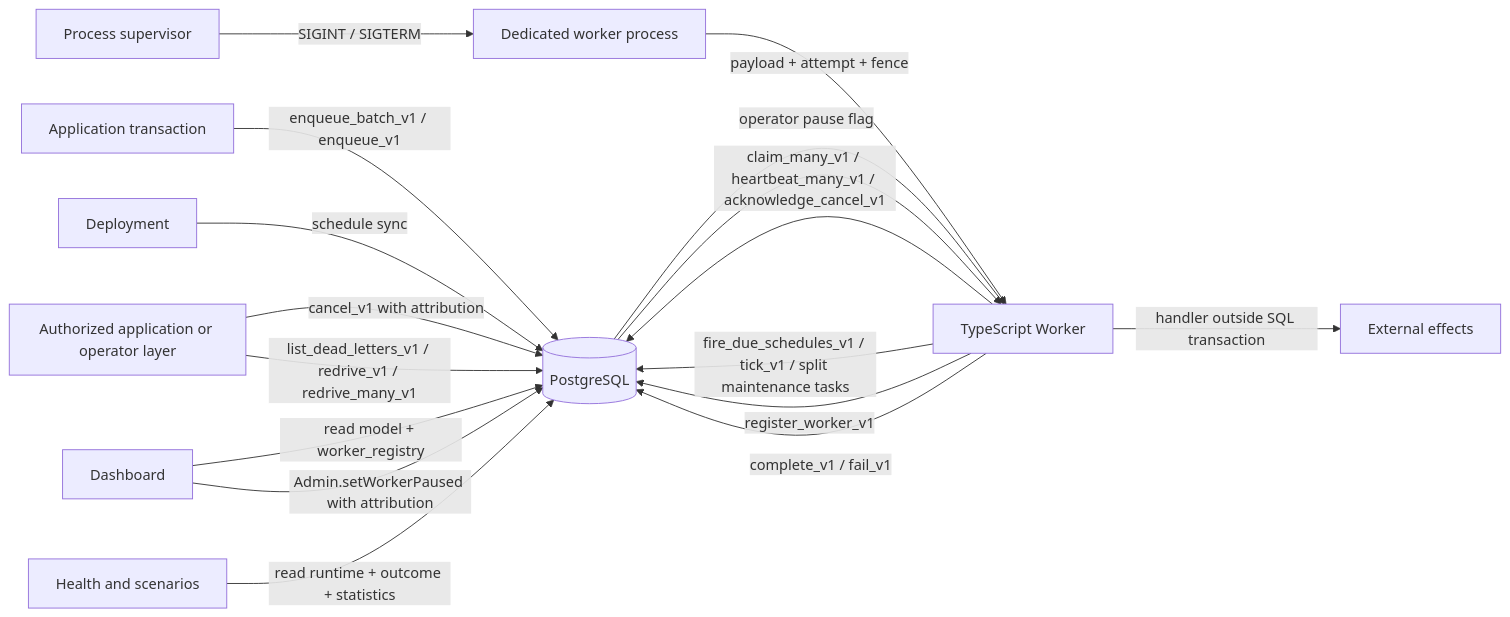
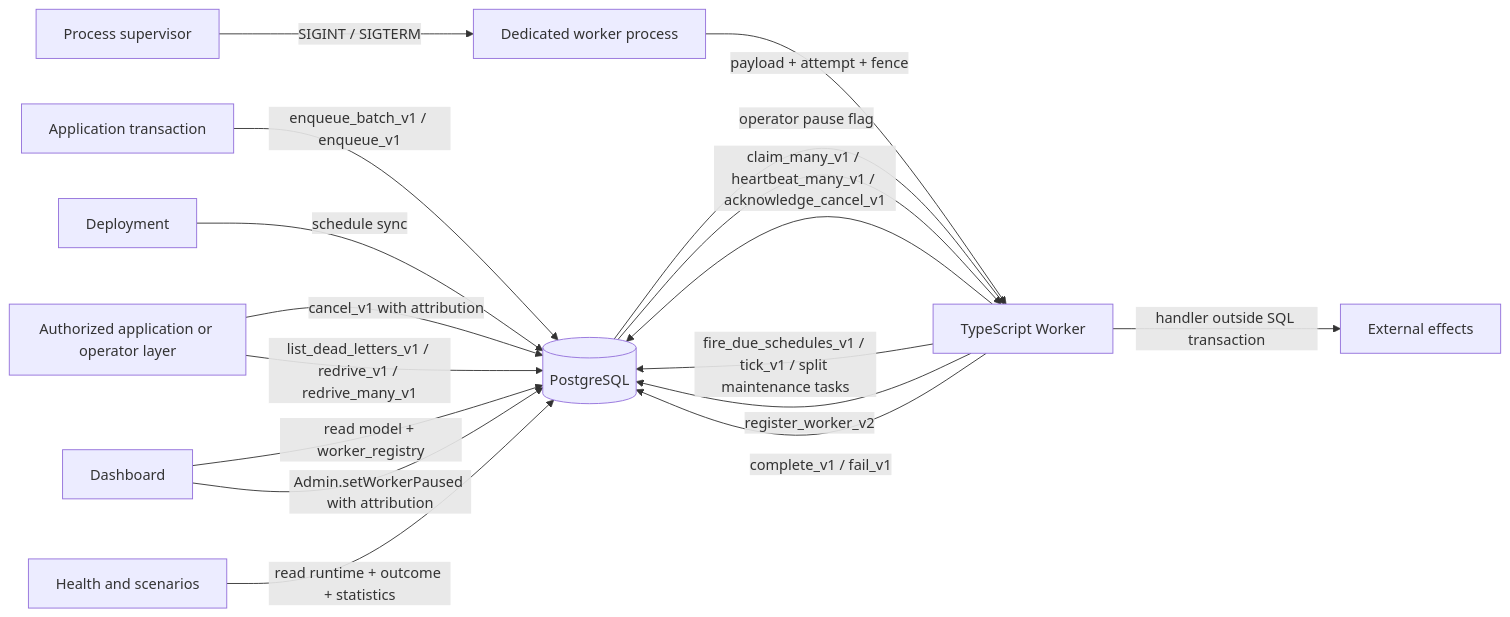
Before and after one commit to stablemates/workhorse: the first of 3 diagrams in docs/architecture.md, drawn with Mermaid. The commit also changed other lines of this file and 59 other files, not shown here.

````diff
--- a/docs/architecture.md
+++ b/docs/architecture.md
@@ -793,19 +793,19 @@
 ```mermaid
 flowchart LR
   App[Application transaction] -->|enqueue_batch_v1 / enqueue_v1| PG[(PostgreSQL)]
   Deploy[Deployment] -->|schedule sync| PG
   Supervisor[Process supervisor] -->|SIGINT / SIGTERM| WorkerProcess[Dedicated worker process]
   WorkerProcess --> Worker[TypeScript Worker]
   Worker[TypeScript Worker] -->|claim_many_v1 / heartbeat_many_v1 / acknowledge_cancel_v1| PG
   Operator[Authorized application or operator layer] -->|cancel_v1 with attribution| PG
   Operator -->|list_dead_letters_v1 / redrive_v1 / redrive_many_v1| PG
   Worker -->|fire_due_schedules_v1 / tick_v1 / split maintenance tasks| PG
-  Worker -->|register_worker_v1| PG
+  Worker -->|register_worker_v2| PG
   PG -->|payload + attempt + fence| Worker
   PG -->|operator pause flag| Worker
   Worker -->|handler outside SQL transaction| Effects[External effects]
   Worker -->|complete_v1 / fail_v1| PG
   Dashboard -->|read model + worker_registry| PG
   Dashboard -->|Admin.setWorkerPaused with attribution| PG
   Health[Health and scenarios] -->|read runtime + outcome + statistics| PG
 ```
````
